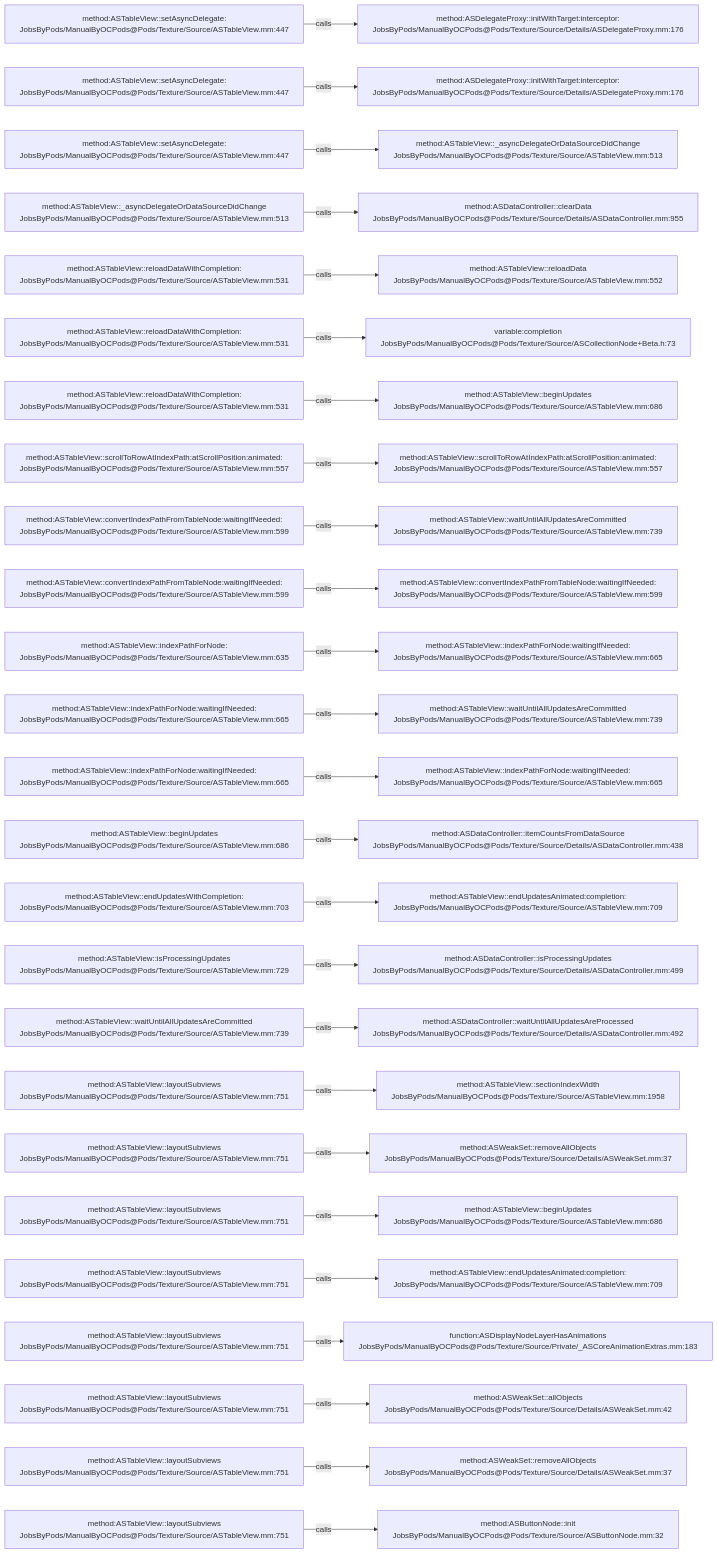
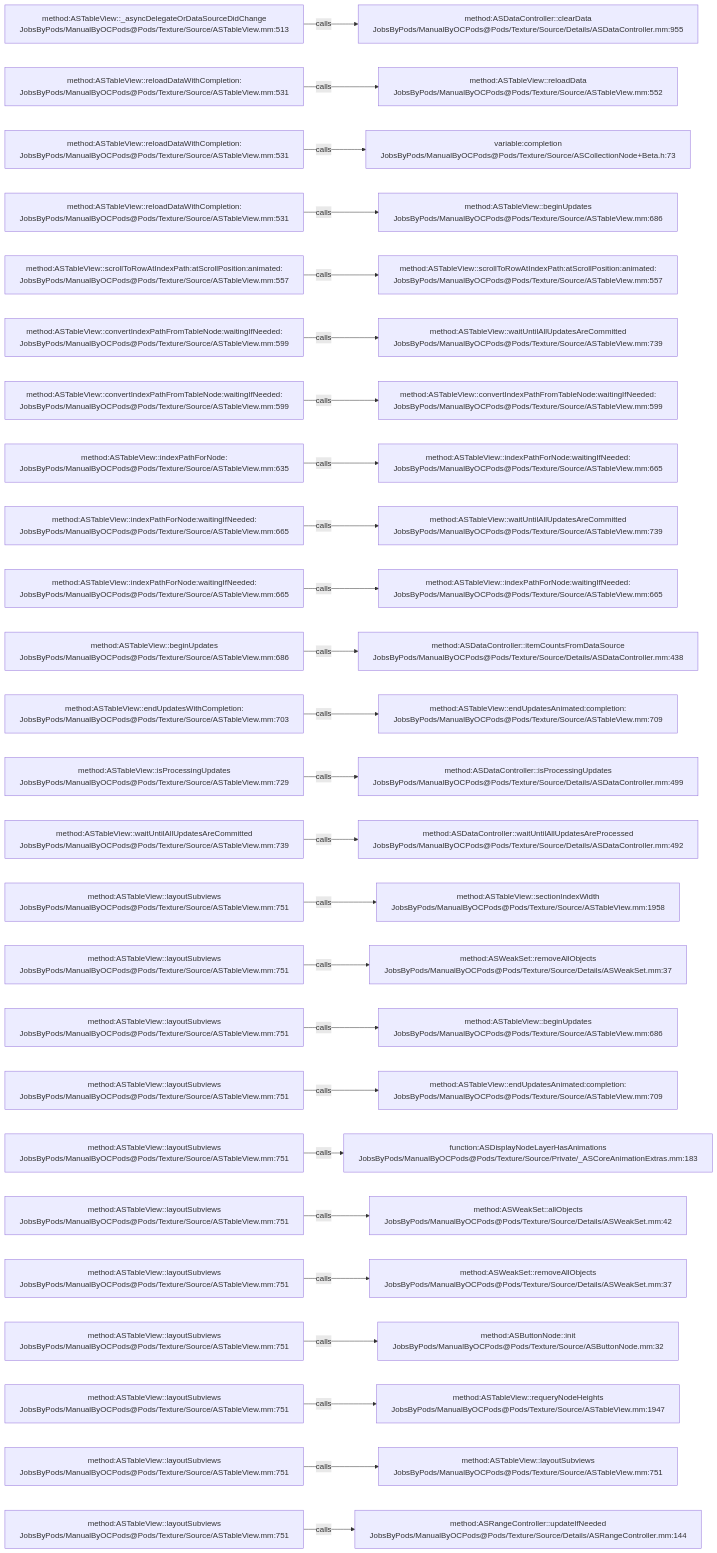
One commit to JobsKits/JobsOCBaseConfigDemo changed the diagram in .codegraph/codegraph.md/graphs/calls-129.md. Above: the diagram before and after it, drawn with Mermaid. The commit also changed 342 other files, not shown here.

````diff
--- a/.codegraph/codegraph.md/graphs/calls-129.md
+++ b/.codegraph/codegraph.md/graphs/calls-129.md
@@ -13,78 +13,78 @@
 ```mermaid
 flowchart LR
-  S1["method:ASTableView::setAsyncDelegate:<br/>JobsByPods/ManualByOCPods@Pods/Texture/Source/ASTableView.mm:447"]
-  T1["method:ASDelegateProxy::initWithTarget:interceptor:<br/>JobsByPods/ManualByOCPods@Pods/Texture/Source/Details/ASDelegateProxy.mm:176"]
+  S1["method:ASTableView::_asyncDelegateOrDataSourceDidChange<br/>JobsByPods/ManualByOCPods@Pods/Texture/Source/ASTableView.mm:513"]
+  T1["method:ASDataController::clearData<br/>JobsByPods/ManualByOCPods@Pods/Texture/Source/Details/ASDataController.mm:955"]
   S1 -->|calls| T1
-  S2["method:ASTableView::setAsyncDelegate:<br/>JobsByPods/ManualByOCPods@Pods/Texture/Source/ASTableView.mm:447"]
-  T2["method:ASDelegateProxy::initWithTarget:interceptor:<br/>JobsByPods/ManualByOCPods@Pods/Texture/Source/Details/ASDelegateProxy.mm:176"]
+  S2["method:ASTableView::reloadDataWithCompletion:<br/>JobsByPods/ManualByOCPods@Pods/Texture/Source/ASTableView.mm:531"]
+  T2["method:ASTableView::reloadData<br/>JobsByPods/ManualByOCPods@Pods/Texture/Source/ASTableView.mm:552"]
   S2 -->|calls| T2
-  S3["method:ASTableView::setAsyncDelegate:<br/>JobsByPods/ManualByOCPods@Pods/Texture/Source/ASTableView.mm:447"]
-  T3["method:ASTableView::_asyncDelegateOrDataSourceDidChange<br/>JobsByPods/ManualByOCPods@Pods/Texture/Source/ASTableView.mm:513"]
+  S3["method:ASTableView::reloadDataWithCompletion:<br/>JobsByPods/ManualByOCPods@Pods/Texture/Source/ASTableView.mm:531"]
+  T3["variable:completion<br/>JobsByPods/ManualByOCPods@Pods/Texture/Source/ASCollectionNode+Beta.h:73"]
   S3 -->|calls| T3
-  S4["method:ASTableView::_asyncDelegateOrDataSourceDidChange<br/>JobsByPods/ManualByOCPods@Pods/Texture/Source/ASTableView.mm:513"]
-  T4["method:ASDataController::clearData<br/>JobsByPods/ManualByOCPods@Pods/Texture/Source/Details/ASDataController.mm:955"]
+  S4["method:ASTableView::reloadDataWithCompletion:<br/>JobsByPods/ManualByOCPods@Pods/Texture/Source/ASTableView.mm:531"]
+  T4["method:ASTableView::beginUpdates<br/>JobsByPods/ManualByOCPods@Pods/Texture/Source/ASTableView.mm:686"]
   S4 -->|calls| T4
-  S5["method:ASTableView::reloadDataWithCompletion:<br/>JobsByPods/ManualByOCPods@Pods/Texture/Source/ASTableView.mm:531"]
-  T5["method:ASTableView::reloadData<br/>JobsByPods/ManualByOCPods@Pods/Texture/Source/ASTableView.mm:552"]
+  S5["method:ASTableView::scrollToRowAtIndexPath:atScrollPosition:animated:<br/>JobsByPods/ManualByOCPods@Pods/Texture/Source/ASTableView.mm:557"]
+  T5["method:ASTableView::scrollToRowAtIndexPath:atScrollPosition:animated:<br/>JobsByPods/ManualByOCPods@Pods/Texture/Source/ASTableView.mm:557"]
   S5 -->|calls| T5
-  S6["method:ASTableView::reloadDataWithCompletion:<br/>JobsByPods/ManualByOCPods@Pods/Texture/Source/ASTableView.mm:531"]
-  T6["variable:completion<br/>JobsByPods/ManualByOCPods@Pods/Texture/Source/ASCollectionNode+Beta.h:73"]
+  S6["method:ASTableView::convertIndexPathFromTableNode:waitingIfNeeded:<br/>JobsByPods/ManualByOCPods@Pods/Texture/Source/ASTableView.mm:599"]
+  T6["method:ASTableView::waitUntilAllUpdatesAreCommitted<br/>JobsByPods/ManualByOCPods@Pods/Texture/Source/ASTableView.mm:739"]
   S6 -->|calls| T6
-  S7["method:ASTableView::reloadDataWithCompletion:<br/>JobsByPods/ManualByOCPods@Pods/Texture/Source/ASTableView.mm:531"]
-  T7["method:ASTableView::beginUpdates<br/>JobsByPods/ManualByOCPods@Pods/Texture/Source/ASTableView.mm:686"]
+  S7["method:ASTableView::convertIndexPathFromTableNode:waitingIfNeeded:<br/>JobsByPods/ManualByOCPods@Pods/Texture/Source/ASTableView.mm:599"]
+  T7["method:ASTableView::convertIndexPathFromTableNode:waitingIfNeeded:<br/>JobsByPods/ManualByOCPods@Pods/Texture/Source/ASTableView.mm:599"]
   S7 -->|calls| T7
-  S8["method:ASTableView::scrollToRowAtIndexPath:atScrollPosition:animated:<br/>JobsByPods/ManualByOCPods@Pods/Texture/Source/ASTableView.mm:557"]
-  T8["method:ASTableView::scrollToRowAtIndexPath:atScrollPosition:animated:<br/>JobsByPods/ManualByOCPods@Pods/Texture/Source/ASTableView.mm:557"]
+  S8["method:ASTableView::indexPathForNode:<br/>JobsByPods/ManualByOCPods@Pods/Texture/Source/ASTableView.mm:635"]
+  T8["method:ASTableView::indexPathForNode:waitingIfNeeded:<br/>JobsByPods/ManualByOCPods@Pods/Texture/Source/ASTableView.mm:665"]
   S8 -->|calls| T8
-  S9["method:ASTableView::convertIndexPathFromTableNode:waitingIfNeeded:<br/>JobsByPods/ManualByOCPods@Pods/Texture/Source/ASTableView.mm:599"]
+  S9["method:ASTableView::indexPathForNode:waitingIfNeeded:<br/>JobsByPods/ManualByOCPods@Pods/Texture/Source/ASTableView.mm:665"]
   T9["method:ASTableView::waitUntilAllUpdatesAreCommitted<br/>JobsByPods/ManualByOCPods@Pods/Texture/Source/ASTableView.mm:739"]
   S9 -->|calls| T9
-  S10["method:ASTableView::convertIndexPathFromTableNode:waitingIfNeeded:<br/>JobsByPods/ManualByOCPods@Pods/Texture/Source/ASTableView.mm:599"]
-  T10["method:ASTableView::convertIndexPathFromTableNode:waitingIfNeeded:<br/>JobsByPods/ManualByOCPods@Pods/Texture/Source/ASTableView.mm:599"]
+  S10["method:ASTableView::indexPathForNode:waitingIfNeeded:<br/>JobsByPods/ManualByOCPods@Pods/Texture/Source/ASTableView.mm:665"]
+  T10["method:ASTableView::indexPathForNode:waitingIfNeeded:<br/>JobsByPods/ManualByOCPods@Pods/Texture/Source/ASTableView.mm:665"]
   S10 -->|calls| T10
-  S11["method:ASTableView::indexPathForNode:<br/>JobsByPods/ManualByOCPods@Pods/Texture/Source/ASTableView.mm:635"]
-  T11["method:ASTableView::indexPathForNode:waitingIfNeeded:<br/>JobsByPods/ManualByOCPods@Pods/Texture/Source/ASTableView.mm:665"]
+  S11["method:ASTableView::beginUpdates<br/>JobsByPods/ManualByOCPods@Pods/Texture/Source/ASTableView.mm:686"]
+  T11["method:ASDataController::itemCountsFromDataSource<br/>JobsByPods/ManualByOCPods@Pods/Texture/Source/Details/ASDataController.mm:438"]
   S11 -->|calls| T11
-  S12["method:ASTableView::indexPathForNode:waitingIfNeeded:<br/>JobsByPods/ManualByOCPods@Pods/Texture/Source/ASTableView.mm:665"]
-  T12["method:ASTableView::waitUntilAllUpdatesAreCommitted<br/>JobsByPods/ManualByOCPods@Pods/Texture/Source/ASTableView.mm:739"]
+  S12["method:ASTableView::endUpdatesWithCompletion:<br/>JobsByPods/ManualByOCPods@Pods/Texture/Source/ASTableView.mm:703"]
+  T12["method:ASTableView::endUpdatesAnimated:completion:<br/>JobsByPods/ManualByOCPods@Pods/Texture/Source/ASTableView.mm:709"]
   S12 -->|calls| T12
-  S13["method:ASTableView::indexPathForNode:waitingIfNeeded:<br/>JobsByPods/ManualByOCPods@Pods/Texture/Source/ASTableView.mm:665"]
-  T13["method:ASTableView::indexPathForNode:waitingIfNeeded:<br/>JobsByPods/ManualByOCPods@Pods/Texture/Source/ASTableView.mm:665"]
+  S13["method:ASTableView::isProcessingUpdates<br/>JobsByPods/ManualByOCPods@Pods/Texture/Source/ASTableView.mm:729"]
+  T13["method:ASDataController::isProcessingUpdates<br/>JobsByPods/ManualByOCPods@Pods/Texture/Source/Details/ASDataController.mm:499"]
   S13 -->|calls| T13
-  S14["method:ASTableView::beginUpdates<br/>JobsByPods/ManualByOCPods@Pods/Texture/Source/ASTableView.mm:686"]
-  T14["method:ASDataController::itemCountsFromDataSource<br/>JobsByPods/ManualByOCPods@Pods/Texture/Source/Details/ASDataController.mm:438"]
+  S14["method:ASTableView::waitUntilAllUpdatesAreCommitted<br/>JobsByPods/ManualByOCPods@Pods/Texture/Source/ASTableView.mm:739"]
+  T14["method:ASDataController::waitUntilAllUpdatesAreProcessed<br/>JobsByPods/ManualByOCPods@Pods/Texture/Source/Details/ASDataController.mm:492"]
   S14 -->|calls| T14
-  S15["method:ASTableView::endUpdatesWithCompletion:<br/>JobsByPods/ManualByOCPods@Pods/Texture/Source/ASTableView.mm:703"]
-  T15["method:ASTableView::endUpdatesAnimated:completion:<br/>JobsByPods/ManualByOCPods@Pods/Texture/Source/ASTableView.mm:709"]
+  S15["method:ASTableView::layoutSubviews<br/>JobsByPods/ManualByOCPods@Pods/Texture/Source/ASTableView.mm:751"]
+  T15["method:ASTableView::sectionIndexWidth<br/>JobsByPods/ManualByOCPods@Pods/Texture/Source/ASTableView.mm:1958"]
   S15 -->|calls| T15
-  S16["method:ASTableView::isProcessingUpdates<br/>JobsByPods/ManualByOCPods@Pods/Texture/Source/ASTableView.mm:729"]
-  T16["method:ASDataController::isProcessingUpdates<br/>JobsByPods/ManualByOCPods@Pods/Texture/Source/Details/ASDataController.mm:499"]
+  S16["method:ASTableView::layoutSubviews<br/>JobsByPods/ManualByOCPods@Pods/Texture/Source/ASTableView.mm:751"]
+  T16["method:ASWeakSet::removeAllObjects<br/>JobsByPods/ManualByOCPods@Pods/Texture/Source/Details/ASWeakSet.mm:37"]
   S16 -->|calls| T16
-  S17["method:ASTableView::waitUntilAllUpdatesAreCommitted<br/>JobsByPods/ManualByOCPods@Pods/Texture/Source/ASTableView.mm:739"]
-  T17["method:ASDataController::waitUntilAllUpdatesAreProcessed<br/>JobsByPods/ManualByOCPods@Pods/Texture/Source/Details/ASDataController.mm:492"]
+  S17["method:ASTableView::layoutSubviews<br/>JobsByPods/ManualByOCPods@Pods/Texture/Source/ASTableView.mm:751"]
+  T17["method:ASTableView::beginUpdates<br/>JobsByPods/ManualByOCPods@Pods/Texture/Source/ASTableView.mm:686"]
   S17 -->|calls| T17
   S18["method:ASTableView::layoutSubviews<br/>JobsByPods/ManualByOCPods@Pods/Texture/Source/ASTableView.mm:751"]
-  T18["method:ASTableView::sectionIndexWidth<br/>JobsByPods/ManualByOCPods@Pods/Texture/Source/ASTableView.mm:1958"]
+  T18["method:ASTableView::endUpdatesAnimated:completion:<br/>JobsByPods/ManualByOCPods@Pods/Texture/Source/ASTableView.mm:709"]
   S18 -->|calls| T18
   S19["method:ASTableView::layoutSubviews<br/>JobsByPods/ManualByOCPods@Pods/Texture/Source/ASTableView.mm:751"]
-  T19["method:ASWeakSet::removeAllObjects<br/>JobsByPods/ManualByOCPods@Pods/Texture/Source/Details/ASWeakSet.mm:37"]
+  T19["function:ASDisplayNodeLayerHasAnimations<br/>JobsByPods/ManualByOCPods@Pods/Texture/Source/Private/_ASCoreAnimationExtras.mm:183"]
   S19 -->|calls| T19
   S20["method:ASTableView::layoutSubviews<br/>JobsByPods/ManualByOCPods@Pods/Texture/Source/ASTableView.mm:751"]
-  T20["method:ASTableView::beginUpdates<br/>JobsByPods/ManualByOCPods@Pods/Texture/Source/ASTableView.mm:686"]
+  T20["method:ASWeakSet::allObjects<br/>JobsByPods/ManualByOCPods@Pods/Texture/Source/Details/ASWeakSet.mm:42"]
   S20 -->|calls| T20
   S21["method:ASTableView::layoutSubviews<br/>JobsByPods/ManualByOCPods@Pods/Texture/Source/ASTableView.mm:751"]
-  T21["method:ASTableView::endUpdatesAnimated:completion:<br/>JobsByPods/ManualByOCPods@Pods/Texture/Source/ASTableView.mm:709"]
+  T21["method:ASWeakSet::removeAllObjects<br/>JobsByPods/ManualByOCPods@Pods/Texture/Source/Details/ASWeakSet.mm:37"]
   S21 -->|calls| T21
   S22["method:ASTableView::layoutSubviews<br/>JobsByPods/ManualByOCPods@Pods/Texture/Source/ASTableView.mm:751"]
-  T22["function:ASDisplayNodeLayerHasAnimations<br/>JobsByPods/ManualByOCPods@Pods/Texture/Source/Private/_ASCoreAnimationExtras.mm:183"]
+  T22["method:ASButtonNode::init<br/>JobsByPods/ManualByOCPods@Pods/Texture/Source/ASButtonNode.mm:32"]
   S22 -->|calls| T22
   S23["method:ASTableView::layoutSubviews<br/>JobsByPods/ManualByOCPods@Pods/Texture/Source/ASTableView.mm:751"]
-  T23["method:ASWeakSet::allObjects<br/>JobsByPods/ManualByOCPods@Pods/Texture/Source/Details/ASWeakSet.mm:42"]
+  T23["method:ASTableView::requeryNodeHeights<br/>JobsByPods/ManualByOCPods@Pods/Texture/Source/ASTableView.mm:1947"]
   S23 -->|calls| T23
   S24["method:ASTableView::layoutSubviews<br/>JobsByPods/ManualByOCPods@Pods/Texture/Source/ASTableView.mm:751"]
-  T24["method:ASWeakSet::removeAllObjects<br/>JobsByPods/ManualByOCPods@Pods/Texture/Source/Details/ASWeakSet.mm:37"]
+  T24["method:ASTableView::layoutSubviews<br/>JobsByPods/ManualByOCPods@Pods/Texture/Source/ASTableView.mm:751"]
   S24 -->|calls| T24
   S25["method:ASTableView::layoutSubviews<br/>JobsByPods/ManualByOCPods@Pods/Texture/Source/ASTableView.mm:751"]
-  T25["method:ASButtonNode::init<br/>JobsByPods/ManualByOCPods@Pods/Texture/Source/ASButtonNode.mm:32"]
+  T25["method:ASRangeController::updateIfNeeded<br/>JobsByPods/ManualByOCPods@Pods/Texture/Source/Details/ASRangeController.mm:144"]
   S25 -->|calls| T25
 ```
````
